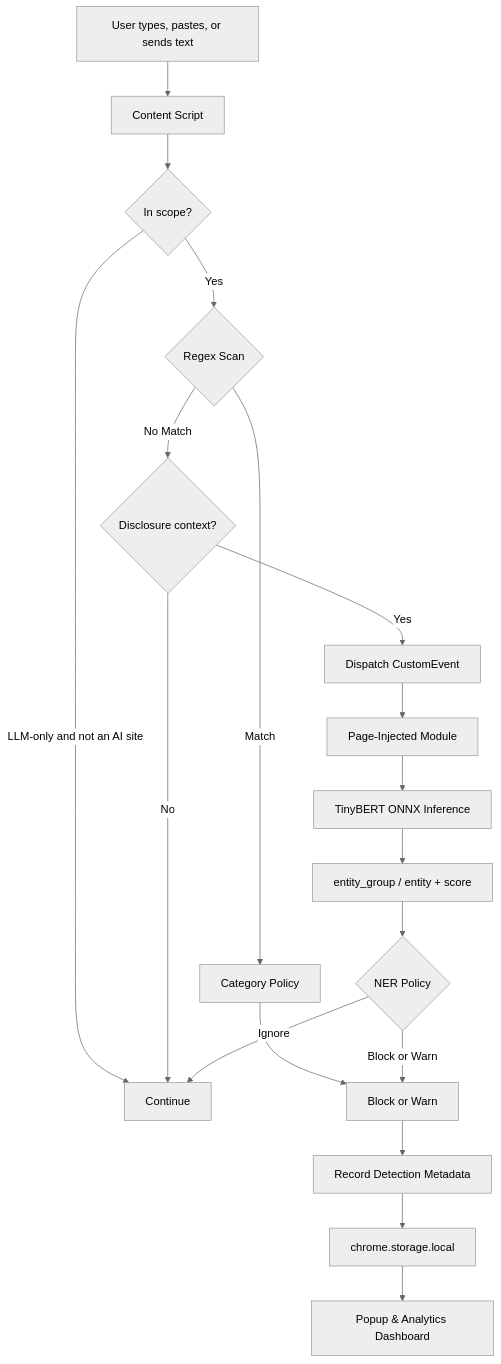
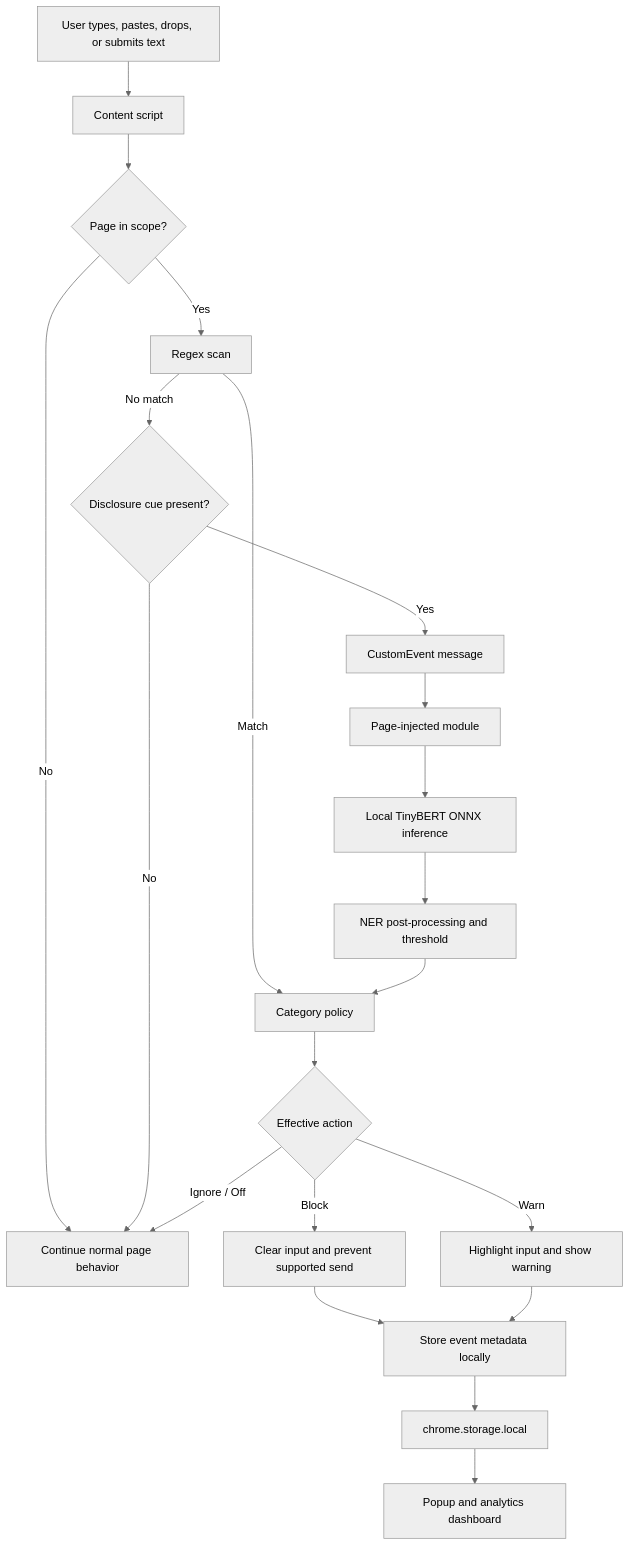
One commit to RevHeadGuy/LLM_DATA_LEAKAGE_MONITOR changed the diagram in README.md. Above: the diagram before and after it, drawn with Mermaid (neutral theme). The commit also changed other lines of this file, not shown here.

````diff
--- a/README.md
+++ b/README.md
@@ -82,21 +78,23 @@
 ```mermaid
 flowchart TD
-    A["User types, pastes, or sends text"] --> B["Content Script"]
-    B --> S{"In scope?"}
-    S -->|LLM-only and not an AI site| J["Continue"]
-    S -->|Yes| C{"Regex Scan"}
-    C -->|Match| P["Category Policy"]
-    P --> D["Block or Warn"]
-    C -->|No Match| N{"Disclosure context?"}
-    N -->|No| J
-    N -->|Yes| E["Dispatch CustomEvent"]
-    E --> F["Page-Injected Module"]
-    F --> G["TinyBERT ONNX Inference"]
-    G --> H["entity_group / entity + score"]
-    H --> I{"NER Policy"}
-    I -->|Block or Warn| D
-    I -->|Ignore| J
-    D --> K["Record Detection Metadata"]
-    K --> L["chrome.storage.local"]
-    L --> M["Popup & Analytics Dashboard"]
+    A["User types, pastes, drops, or submits text"] --> B["Content script"]
+    B --> S{"Page in scope?"}
+    S -->|No| P["Continue normal page behavior"]
+    S -->|Yes| R["Regex scan"]
+    R -->|Match| C["Category policy"]
+    R -->|No match| D{"Disclosure cue present?"}
+    D -->|No| P
+    D -->|Yes| E["CustomEvent message"]
+    E --> F["Page-injected module"]
+    F --> N["Local TinyBERT ONNX inference"]
+    N --> Q["NER post-processing and threshold"]
+    Q --> C
+    C --> A1{"Effective action"}
+    A1 -->|Block| B1["Clear input and prevent supported send"]
+    A1 -->|Warn| W1["Highlight input and show warning"]
+    A1 -->|Ignore / Off| P
+    B1 --> L["Store event metadata locally"]
+    W1 --> L
+    L --> ST["chrome.storage.local"]
+    ST --> UI["Popup and analytics dashboard"]
 ```
````
